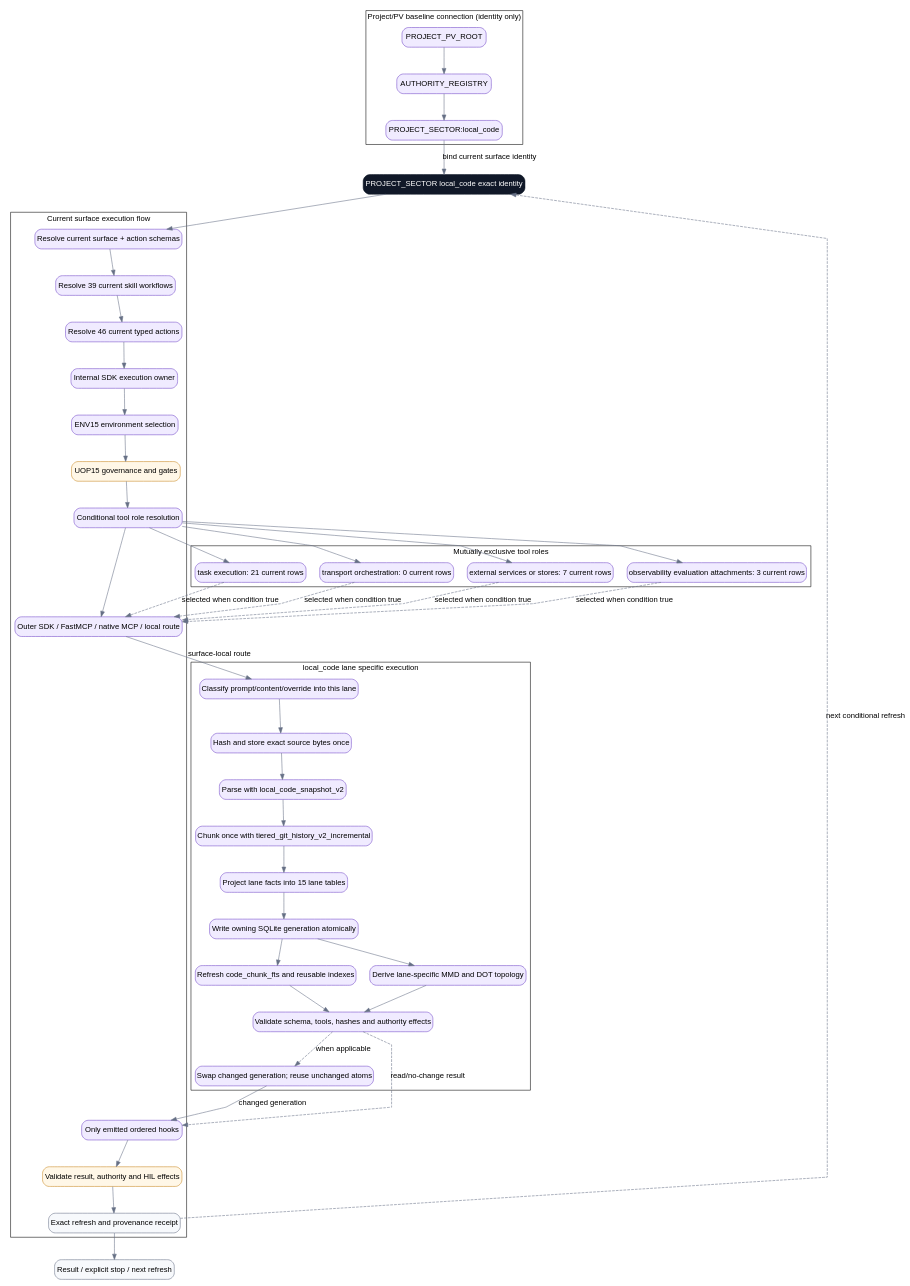
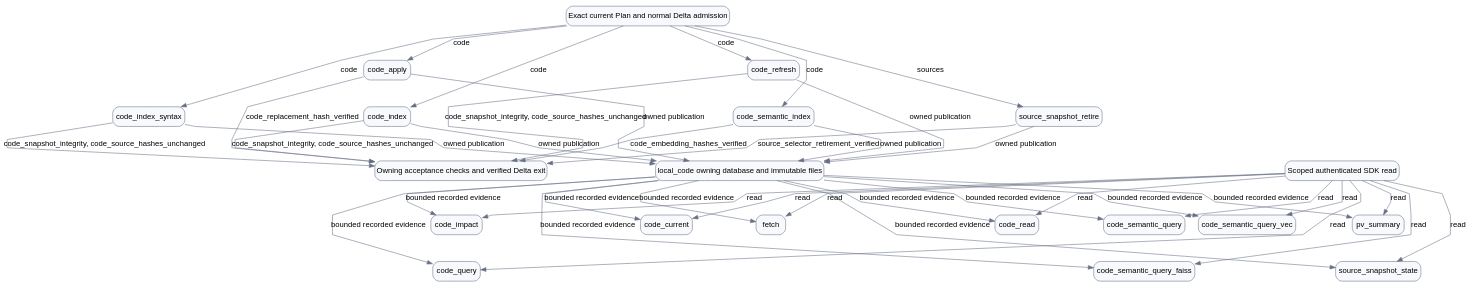
One commit to rathee000001/evidence_lane_plugin changed the diagram in plugins/evidence-lane-plugin/authorities/project_sectors/local_code/workflow.dot. Above: the diagram before and after it, drawn with Graphviz. The commit also changed 4606 other files, not shown here.

Commit message:
feat: build Evidence Lane v4 preinstall candidate

```diff
--- a/plugins/evidence-lane-plugin/authorities/project_sectors/local_code/workflow.dot
+++ b/plugins/evidence-lane-plugin/authorities/project_sectors/local_code/workflow.dot
@@ -1,85 +1,70 @@
-digraph surface_project_sector_local_code {
+digraph workflow_local_code {
   // EVIDENCE_LANE_GRAPH_ENGINE=PYTHON_GRAPHVIZ
   // PYTHON_GRAPHVIZ_VERSION=0.21
   bgcolor=white compound=true fontname=Arial newrank=true nodesep=0.35 rankdir=TB ranksep=0.65 splines=polyline
   node [color="#667085" fontname=Arial shape=box style="rounded,filled"]
   edge [color="#667085" fontname=Arial]
-  ENTRY [label="PROJECT_SECTOR local_code exact identity" color="#101828" fillcolor="#101828" fontcolor=white shape=box style="rounded,filled"]
-  EXIT [label="Result / explicit stop / next refresh" color="#667085" fillcolor="#f7f9fc" shape=box style="rounded,filled"]
-  subgraph cluster_flow {
-    label="Current surface execution flow" rankdir=TB
-    SCHEMA [label="Resolve current surface + action schemas" color="#7147c7" fillcolor="#f0ebff" shape=box style="rounded,filled"]
-    SKILLS [label="Resolve 39 current skill workflows" color="#7147c7" fillcolor="#f0ebff" shape=box style="rounded,filled"]
-    ACTIONS [label="Resolve 46 current typed actions" color="#7147c7" fillcolor="#f0ebff" shape=box style="rounded,filled"]
-    INTERNAL_SDK [label="Internal SDK execution owner" color="#7147c7" fillcolor="#f0ebff" shape=box style="rounded,filled"]
-    ENV [label="ENV15 environment selection" color="#7147c7" fillcolor="#f0ebff" shape=box style="rounded,filled"]
-    UOP [label="UOP15 governance and gates" color="#c88722" fillcolor="#fff7e7" shape=box style="rounded,filled"]
-    TOOLS [label="Conditional tool role resolution" color="#7147c7" fillcolor="#f0ebff" shape=box style="rounded,filled"]
-    OUTER [label="Outer SDK / FastMCP / native MCP / local route" color="#7147c7" fillcolor="#f0ebff" shape=box style="rounded,filled"]
-    HOOKS [label="Only emitted ordered hooks" color="#7147c7" fillcolor="#f0ebff" shape=box style="rounded,filled"]
-    VALIDATE [label="Validate result, authority and HIL effects" color="#c88722" fillcolor="#fff7e7" shape=box style="rounded,filled"]
-    RECEIPT [label="Exact refresh and provenance receipt" color="#667085" fillcolor="#f7f9fc" shape=box style="rounded,filled"]
-  }
-  subgraph cluster_project_pv_baseline {
-    label="Project/PV baseline connection (identity only)" rankdir=TB
-    BASELINE_01 [label=PROJECT_PV_ROOT color="#7147c7" fillcolor="#f0ebff" shape=box style="rounded,filled"]
-    BASELINE_02 [label=AUTHORITY_REGISTRY color="#7147c7" fillcolor="#f0ebff" shape=box style="rounded,filled"]
-    BASELINE_03 [label="PROJECT_SECTOR:local_code" color="#7147c7" fillcolor="#f0ebff" shape=box style="rounded,filled"]
-  }
-  subgraph cluster_surface_phases {
-    label="local_code lane specific execution" rankdir=TB
-    PHASE_SOURCE_CLASSIFY [label="Classify prompt/content/override into this lane" color="#7147c7" fillcolor="#f0ebff" shape=box style="rounded,filled"]
-    PHASE_EXACT_SOURCE_CAS [label="Hash and store exact source bytes once" color="#7147c7" fillcolor="#f0ebff" shape=box style="rounded,filled"]
-    PHASE_LANE_PARSE [label="Parse with local_code_snapshot_v2" color="#7147c7" fillcolor="#f0ebff" shape=box style="rounded,filled"]
-    PHASE_LANE_CHUNK [label="Chunk once with tiered_git_history_v2_incremental" color="#7147c7" fillcolor="#f0ebff" shape=box style="rounded,filled"]
-    PHASE_STRUCTURED_FACTS [label="Project lane facts into 15 lane tables" color="#7147c7" fillcolor="#f0ebff" shape=box style="rounded,filled"]
-    PHASE_SQLITE_COMMIT [label="Write owning SQLite generation atomically" color="#7147c7" fillcolor="#f0ebff" shape=box style="rounded,filled"]
-    PHASE_RETRIEVAL_INDEX [label="Refresh code_chunk_fts and reusable indexes" color="#7147c7" fillcolor="#f0ebff" shape=box style="rounded,filled"]
-    PHASE_TOPOLOGY_GRAPH [label="Derive lane-specific MMD and DOT topology" color="#7147c7" fillcolor="#f0ebff" shape=box style="rounded,filled"]
-    PHASE_RESULT_VALIDATE [label="Validate schema, tools, hashes and authority effects" color="#7147c7" fillcolor="#f0ebff" shape=box style="rounded,filled"]
-    PHASE_ATOMIC_REFRESH [label="Swap changed generation; reuse unchanged atoms" color="#7147c7" fillcolor="#f0ebff" shape=box style="rounded,filled"]
-  }
-  subgraph cluster_tool_roles {
-    label="Mutually exclusive tool roles" rankdir=TB
-    ROLE_TASK_EXECUTION [label="task execution: 21 current rows" color="#7147c7" fillcolor="#f0ebff" shape=box style="rounded,filled"]
-    ROLE_TRANSPORT_ORCHESTRATION [label="transport orchestration: 0 current rows" color="#7147c7" fillcolor="#f0ebff" shape=box style="rounded,filled"]
-    ROLE_EXTERNAL_SERVICES_OR_STORES [label="external services or stores: 7 current rows" color="#7147c7" fillcolor="#f0ebff" shape=box style="rounded,filled"]
-    ROLE_OBSERVABILITY_EVALUATION_ATTACHMENTS [label="observability evaluation attachments: 3 current rows" color="#7147c7" fillcolor="#f0ebff" shape=box style="rounded,filled"]
-  }
-  ENTRY -> SCHEMA
-  SCHEMA -> SKILLS
-  SKILLS -> ACTIONS
-  ACTIONS -> INTERNAL_SDK
-  INTERNAL_SDK -> ENV
-  ENV -> UOP
-  UOP -> TOOLS
-  TOOLS -> OUTER
-  BASELINE_01 -> BASELINE_02
-  BASELINE_02 -> BASELINE_03
-  BASELINE_03 -> ENTRY [label="bind current surface identity"]
-  OUTER -> PHASE_SOURCE_CLASSIFY [label="surface-local route"]
-  PHASE_SOURCE_CLASSIFY -> PHASE_EXACT_SOURCE_CAS
-  PHASE_EXACT_SOURCE_CAS -> PHASE_LANE_PARSE
-  PHASE_LANE_PARSE -> PHASE_LANE_CHUNK
-  PHASE_LANE_CHUNK -> PHASE_STRUCTURED_FACTS
-  PHASE_STRUCTURED_FACTS -> PHASE_SQLITE_COMMIT
-  PHASE_SQLITE_COMMIT -> PHASE_RETRIEVAL_INDEX
-  PHASE_SQLITE_COMMIT -> PHASE_TOPOLOGY_GRAPH
-  PHASE_RETRIEVAL_INDEX -> PHASE_RESULT_VALIDATE
-  PHASE_TOPOLOGY_GRAPH -> PHASE_RESULT_VALIDATE
-  PHASE_RESULT_VALIDATE -> PHASE_ATOMIC_REFRESH [label="when applicable" style=dashed]
-  PHASE_RESULT_VALIDATE -> HOOKS [label="read/no-change result" style=dashed]
-  PHASE_ATOMIC_REFRESH -> HOOKS [label="changed generation"]
-  HOOKS -> VALIDATE
-  VALIDATE -> RECEIPT
-  RECEIPT -> EXIT
-  RECEIPT -> ENTRY [label="next conditional refresh" style=dashed]
-  TOOLS -> ROLE_TASK_EXECUTION
-  ROLE_TASK_EXECUTION -> OUTER [label="selected when condition true" style=dashed]
-  TOOLS -> ROLE_TRANSPORT_ORCHESTRATION
-  ROLE_TRANSPORT_ORCHESTRATION -> OUTER [label="selected when condition true" style=dashed]
-  TOOLS -> ROLE_EXTERNAL_SERVICES_OR_STORES
-  ROLE_EXTERNAL_SERVICES_OR_STORES -> OUTER [label="selected when condition true" style=dashed]
-  TOOLS -> ROLE_OBSERVABILITY_EVALUATION_ATTACHMENTS
-  ROLE_OBSERVABILITY_EVALUATION_ATTACHMENTS -> OUTER [label="selected when condition true" style=dashed]
+  lane [label="local_code owning database and immutable files" color="#667085" fillcolor="#f7f9fc" shape=box style="rounded,filled"]
+  delta [label="Exact current Plan and normal Delta admission" color="#667085" fillcolor="#f7f9fc" shape=box style="rounded,filled"]
+  verify [label="Owning acceptance checks and verified Delta exit" color="#667085" fillcolor="#f7f9fc" shape=box style="rounded,filled"]
+  read [label="Scoped authenticated SDK read" color="#667085" fillcolor="#f7f9fc" shape=box style="rounded,filled"]
+  action_code_apply [label=code_apply color="#667085" fillcolor="#f7f9fc" shape=box style="rounded,filled"]
+  action_code_current [label=code_current color="#667085" fillcolor="#f7f9fc" shape=box style="rounded,filled"]
+  action_code_impact [label=code_impact color="#667085" fillcolor="#f7f9fc" shape=box style="rounded,filled"]
+  action_code_index [label=code_index color="#667085" fillcolor="#f7f9fc" shape=box style="rounded,filled"]
+  action_code_index_syntax [label=code_index_syntax color="#667085" fillcolor="#f7f9fc" shape=box style="rounded,filled"]
+  action_code_query [label=code_query color="#667085" fillcolor="#f7f9fc" shape=box style="rounded,filled"]
+  action_code_read [label=code_read color="#667085" fillcolor="#f7f9fc" shape=box style="rounded,filled"]
+  action_code_refresh [label=code_refresh color="#667085" fillcolor="#f7f9fc" shape=box style="rounded,filled"]
+  action_code_semantic_index [label=code_semantic_index color="#667085" fillcolor="#f7f9fc" shape=box style="rounded,filled"]
+  action_code_semantic_query [label=code_semantic_query color="#667085" fillcolor="#f7f9fc" shape=box style="rounded,filled"]
+  action_code_semantic_query_faiss [label=code_semantic_query_faiss color="#667085" fillcolor="#f7f9fc" shape=box style="rounded,filled"]
+  action_code_semantic_query_vec [label=code_semantic_query_vec color="#667085" fillcolor="#f7f9fc" shape=box style="rounded,filled"]
+  action_fetch [label=fetch color="#667085" fillcolor="#f7f9fc" shape=box style="rounded,filled"]
+  action_pv_summary [label=pv_summary color="#667085" fillcolor="#f7f9fc" shape=box style="rounded,filled"]
+  action_source_snapshot_retire [label=source_snapshot_retire color="#667085" fillcolor="#f7f9fc" shape=box style="rounded,filled"]
+  action_source_snapshot_state [label=source_snapshot_state color="#667085" fillcolor="#f7f9fc" shape=box style="rounded,filled"]
+  delta -> action_code_apply [label=code]
+  action_code_apply -> lane [label="owned publication"]
+  action_code_apply -> verify [label=code_replacement_hash_verified]
+  read -> action_code_current [label=read]
+  lane -> action_code_current [label="bounded recorded evidence"]
+  read -> action_code_impact [label=read]
+  lane -> action_code_impact [label="bounded recorded evidence"]
+  delta -> action_code_index [label=code]
+  action_code_index -> lane [label="owned publication"]
+  action_code_index -> verify [label="code_snapshot_integrity, code_source_hashes_unchanged"]
+  delta -> action_code_index_syntax [label=code]
+  action_code_index_syntax -> lane [label="owned publication"]
+  action_code_index_syntax -> verify [label="code_snapshot_integrity, code_source_hashes_unchanged"]
+  read -> action_code_query [label=read]
+  lane -> action_code_query [label="bounded recorded evidence"]
+  read -> action_code_read [label=read]
+  lane -> action_code_read [label="bounded recorded evidence"]
+  delta -> action_code_refresh [label=code]
+  action_code_refresh -> lane [label="owned publication"]
+  action_code_refresh -> verify [label="code_snapshot_integrity, code_source_hashes_unchanged"]
+  delta -> action_code_semantic_index [label=code]
+  action_code_semantic_index -> lane [label="owned publication"]
+  action_code_semantic_index -> verify [label=code_embedding_hashes_verified]
+  read -> action_code_semantic_query [label=read]
+  lane -> action_code_semantic_query [label="bounded recorded evidence"]
+  read -> action_code_semantic_query_faiss [label=read]
+  lane -> action_code_semantic_query_faiss [label="bounded recorded evidence"]
+  read -> action_code_semantic_query_vec [label=read]
+  lane -> action_code_semantic_query_vec [label="bounded recorded evidence"]
+  read -> action_fetch [label=read]
+  lane -> action_fetch [label="bounded recorded evidence"]
+  read -> action_pv_summary [label=read]
+  lane -> action_pv_summary [label="bounded recorded evidence"]
+  delta -> action_source_snapshot_retire [label=sources]
+  action_source_snapshot_retire -> lane [label="owned publication"]
+  action_source_snapshot_retire -> verify [label=source_selector_retirement_verified]
+  read -> action_source_snapshot_state [label=read]
+  lane -> action_source_snapshot_state [label="bounded recorded evidence"]
+  action_code_apply -> action_code_index [constraint=true style=invis weight=100]
+  action_code_refresh -> action_code_semantic_index [constraint=true style=invis weight=100]
+  action_code_impact -> action_code_query [constraint=true style=invis weight=100]
+  action_code_semantic_query -> action_code_semantic_query_faiss [constraint=true style=invis weight=100]
+  action_pv_summary -> action_source_snapshot_state [constraint=true style=invis weight=100]
 }
```
